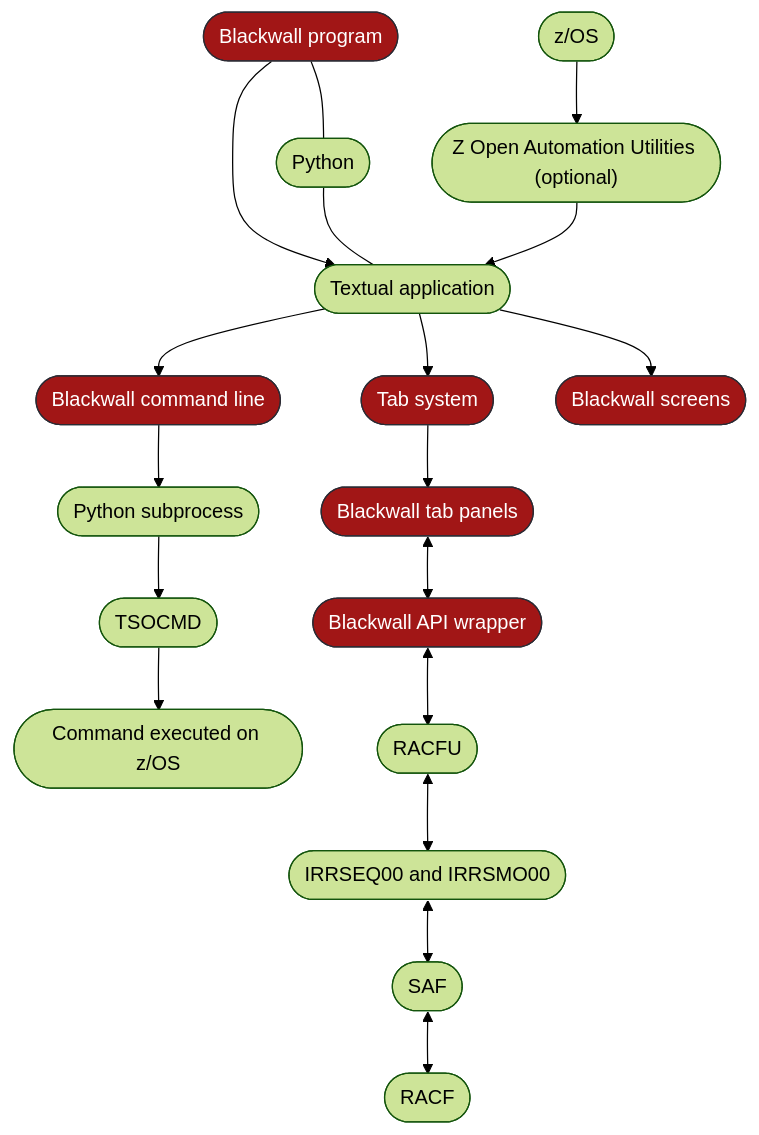
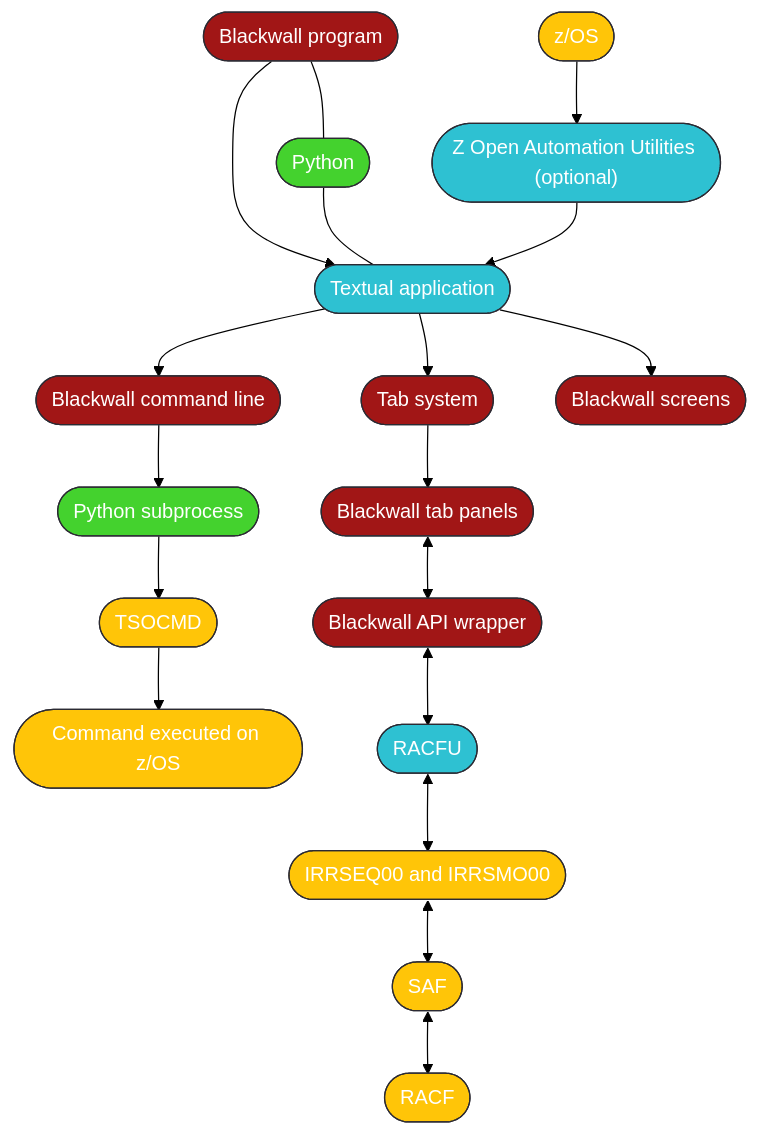
Before and after one commit to EmmasBox/blackwall-protocol-docs: the diagram in architecture.md, drawn with Mermaid (forest theme). The commit also changed other lines of this file, not shown here.

Commit message:
Color coded diagram

```diff
--- a/architecture.md
+++ b/architecture.md
@@ -11,49 +16,59 @@
 <pre class="mermaid">
 flowchart TD
     style BLACKWALL fill:#a11616,color:#fff,stroke:#2b2a33
     BLACKWALL(["Blackwall program"])
+    style PYTHON fill:#44D22E,color:#fff,stroke:#2b2a33
     PYTHON(["Python"])
+    style TEXTUAL fill:#2EC1D2,color:#fff,stroke:#2b2a33
     TEXTUAL(["Textual application"])
     BLACKWALL --> TEXTUAL
     BLACKWALL --- PYTHON
     TEXTUAL --> COMMANDLINE
     PYTHON --- TEXTUAL
 
     style TABS fill:#a11616,color:#fff,stroke:#2b2a33
     TABS(["Tab system"])
     TEXTUAL --> TABS
     TABS --> PANELS
 
     style BLACKWALLSCREENS fill:#a11616,color:#fff,stroke:#2b2a33
     BLACKWALLSCREENS(["Blackwall screens"])
     TEXTUAL --> BLACKWALLSCREENS
 
     style COMMANDLINE fill:#a11616,color:#fff,stroke:#2b2a33
     COMMANDLINE(["Blackwall command line"])
+    style SUBPROCESS fill:#44D22E,color:#fff,stroke:#2b2a33
     SUBPROCESS(["Python subprocess"])
+    style TSOCMD fill:#FFC508,color:#fff,stroke:#2b2a33
     TSOCMD(["TSOCMD"])
+    style ZOSCOMMAND fill:#FFC508,color:#fff,stroke:#2b2a33
     ZOSCOMMAND(["Command executed on z/OS"])
-    
     COMMANDLINE --> SUBPROCESS
     SUBPROCESS --> TSOCMD
     TSOCMD --> ZOSCOMMAND
-
+    
+    style ZOAU fill:#2EC1D2,color:#fff,stroke:#2b2a33
     ZOAU(["Z Open Automation Utilities (optional)"])
+    style ZOS fill:#FFC508,color:#fff,stroke:#2b2a33
     ZOS(["z/OS"])
     ZOS --> ZOAU
     ZOAU --> TEXTUAL
 
     style PANELS fill:#a11616,color:#fff,stroke:#2b2a33
     PANELS(["Blackwall tab panels"])
     style WRAPPER fill:#a11616,color:#fff,stroke:#2b2a33
     WRAPPER(["Blackwall API wrapper"])
+    style RACFU fill:#2EC1D2,color:#fff,stroke:#2b2a33
     RACFU(["RACFU"])
+    style COREAPI fill:#FFC508,color:#fff,stroke:#2b2a33
     COREAPI(["IRRSEQ00 and IRRSMO00"])
+    style SAF fill:#FFC508,color:#fff,stroke:#2b2a33
     SAF(["SAF"])
+    style RACF fill:#FFC508,color:#fff,stroke:#2b2a33
     RACF(["RACF"])
     PANELS <--> WRAPPER
     WRAPPER <--> RACFU
     RACFU <--> COREAPI
     COREAPI <--> SAF
     SAF <--> RACF
 </pre>
```
